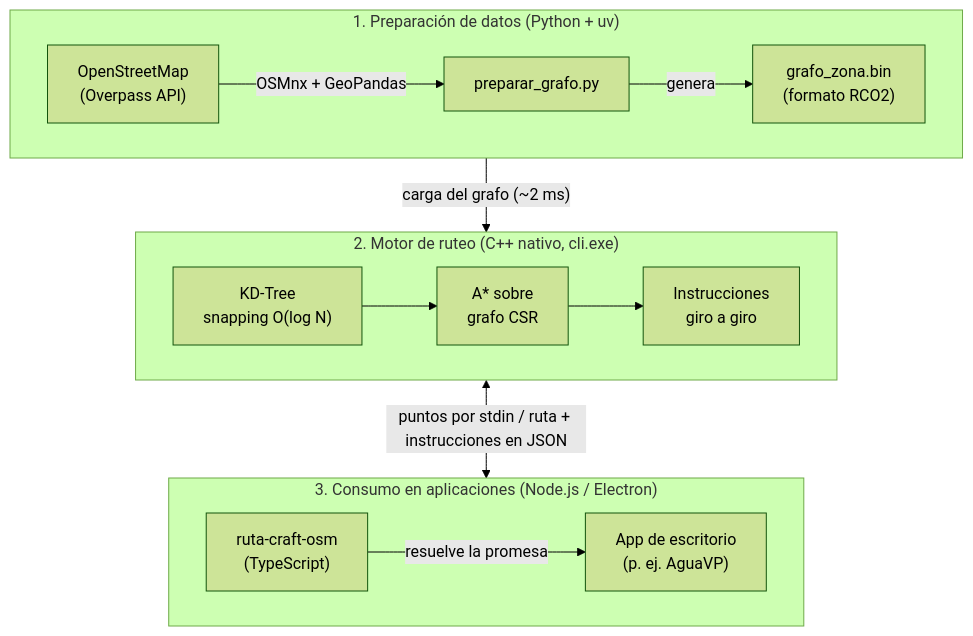
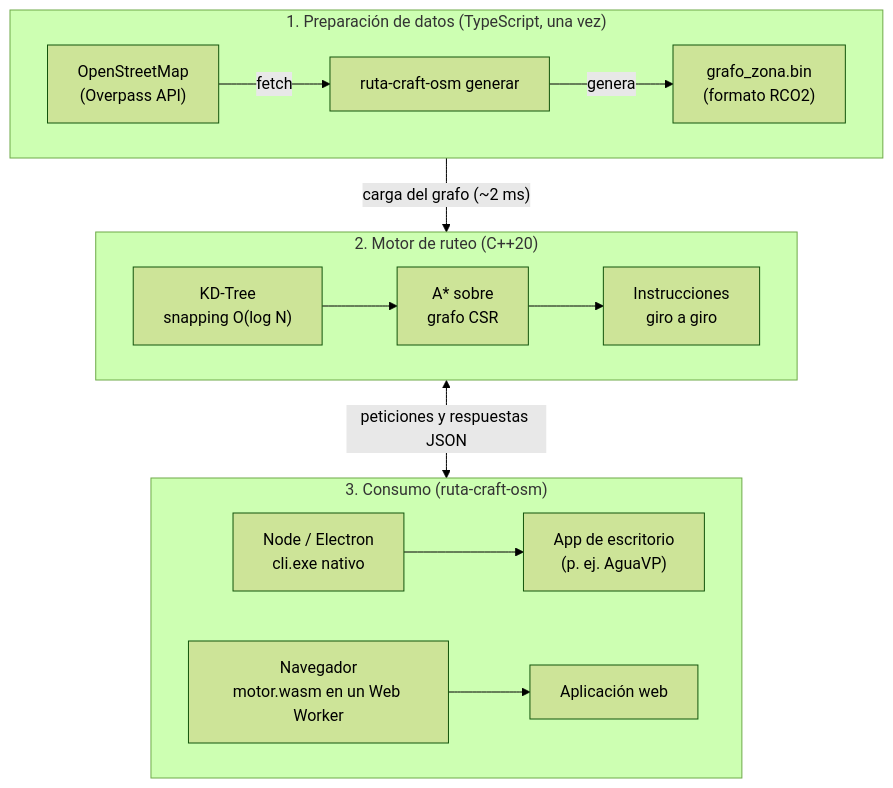
Before and after one commit to Mahynlo/RutaCraftOSM: the diagram in docs/1_ARQUITECTURA_Y_MIGRACION.md, drawn with Mermaid (forest theme). The commit also changed other lines of this file and 73 other files, not shown here.

First line of the commit message:
Incorporación de pruebas para el motor WebAssembly y el envoltorio (wrapper) para Node; actualización de la configuración de TypeScript

````diff
--- a/docs/1_ARQUITECTURA_Y_MIGRACION.md
+++ b/docs/1_ARQUITECTURA_Y_MIGRACION.md
@@ -65,21 +65,22 @@
 ```mermaid
 flowchart TB
-    subgraph Capa_Preparacion ["1. Preparación de datos (Python + uv)"]
+    subgraph Capa_Preparacion ["1. Preparación de datos (TypeScript, una vez)"]
         direction LR
-        OSM["OpenStreetMap<br/>(Overpass API)"] -->|OSMnx + GeoPandas| PREP["preparar_grafo.py"]
+        OSM["OpenStreetMap<br/>(Overpass API)"] -->|fetch| PREP["ruta-craft-osm generar"]
         PREP -->|genera| BIN["grafo_zona.bin<br/>(formato RCO2)"]
     end
 
-    subgraph Capa_Motor ["2. Motor de ruteo (C++ nativo, cli.exe)"]
+    subgraph Capa_Motor ["2. Motor de ruteo (C++20)"]
         direction LR
         KDTREE["KD-Tree<br/>snapping O(log N)"] --> ASTAR["A* sobre<br/>grafo CSR"] --> INST["Instrucciones<br/>giro a giro"]
     end
 
-    subgraph Capa_Consumo ["3. Consumo en aplicaciones (Node.js / Electron)"]
+    subgraph Capa_Consumo ["3. Consumo (ruta-craft-osm)"]
         direction LR
-        WRAPPER["ruta-craft-osm<br/>(TypeScript)"] -->|resuelve la promesa| APP["App de escritorio<br/>(p. ej. AguaVP)"]
+        NATIVO["Node / Electron<br/>cli.exe nativo"] --> APP["App de escritorio<br/>(p. ej. AguaVP)"]
+        WASM["Navegador<br/>motor.wasm en un Web Worker"] --> WEBAPP["Aplicación web"]
     end
 
     Capa_Preparacion -->|"carga del grafo (~2 ms)"| Capa_Motor
-    Capa_Motor <-->|"puntos por stdin / ruta + instrucciones en JSON"| Capa_Consumo
+    Capa_Motor <-->|"peticiones y respuestas JSON"| Capa_Consumo
 ```
````
